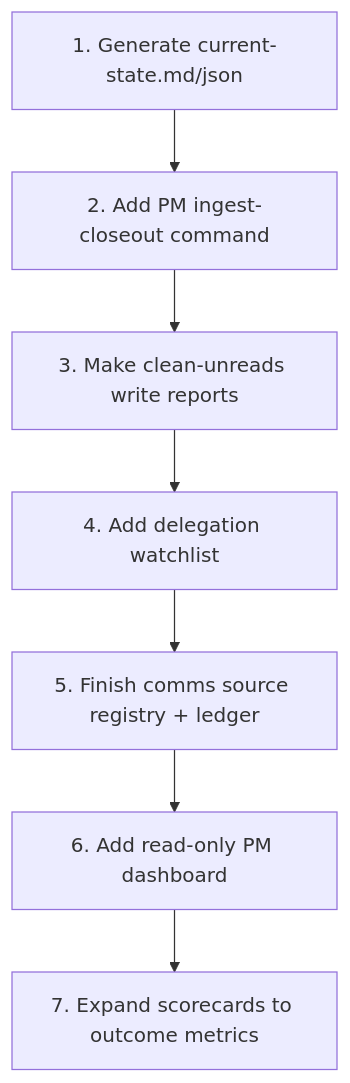
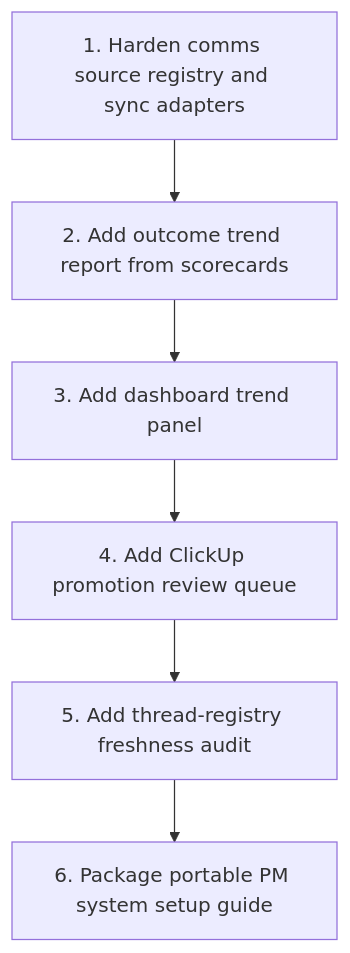
One commit to Splintered-Glass-Solutions/SGS_skills changed the second of 2 diagrams in docs/pm-systems/gaps-and-roadmap.md. Above: the diagram before and after it, drawn with Mermaid. The commit also changed other lines of this file and 17 other files, not shown here.

Commit message:
docs: refresh PM system architecture

````diff
--- a/docs/pm-systems/gaps-and-roadmap.md
+++ b/docs/pm-systems/gaps-and-roadmap.md
@@ -17,9 +45,8 @@
 ```mermaid
 flowchart TD
-  A["1. Generate current-state.md/json"] --> B["2. Add PM ingest-closeout command"]
-  B --> C["3. Make clean-unreads write reports"]
-  C --> D["4. Add delegation watchlist"]
-  D --> E["5. Finish comms source registry + ledger"]
-  E --> F["6. Add read-only PM dashboard"]
-  F --> G["7. Expand scorecards to outcome metrics"]
+  A["1. Harden comms source registry and sync adapters"] --> B["2. Add outcome trend report from scorecards"]
+  B --> C["3. Add dashboard trend panel"]
+  C --> D["4. Add ClickUp promotion review queue"]
+  D --> E["5. Add thread-registry freshness audit"]
+  E --> F["6. Package portable PM system setup guide"]
 ```
````
